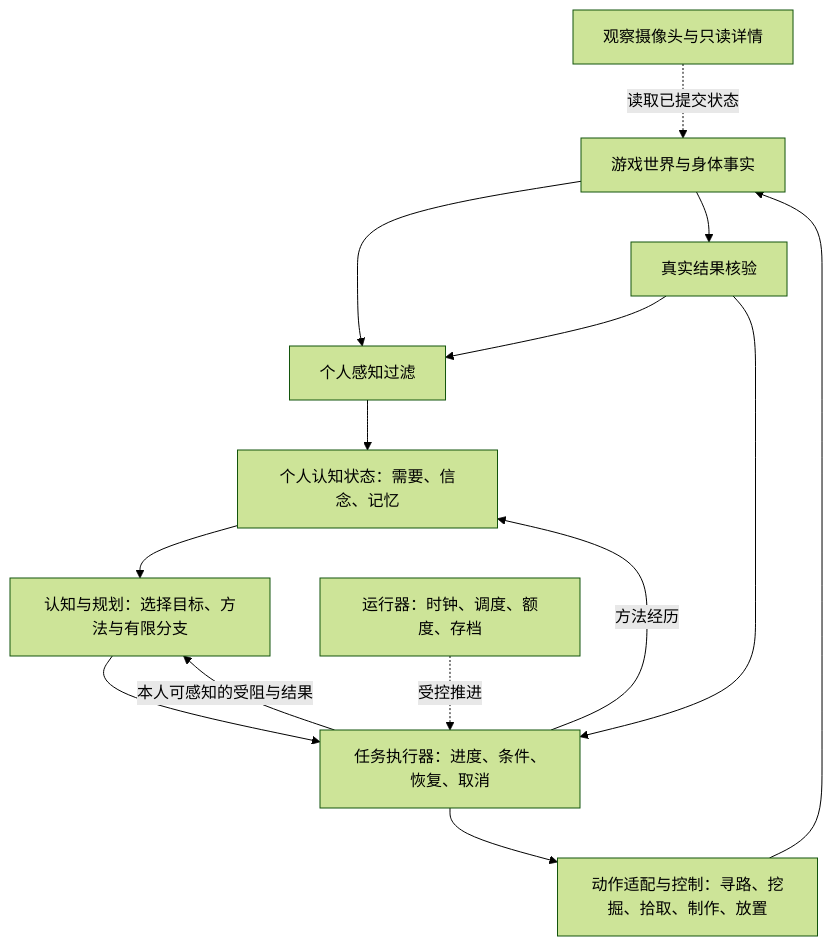
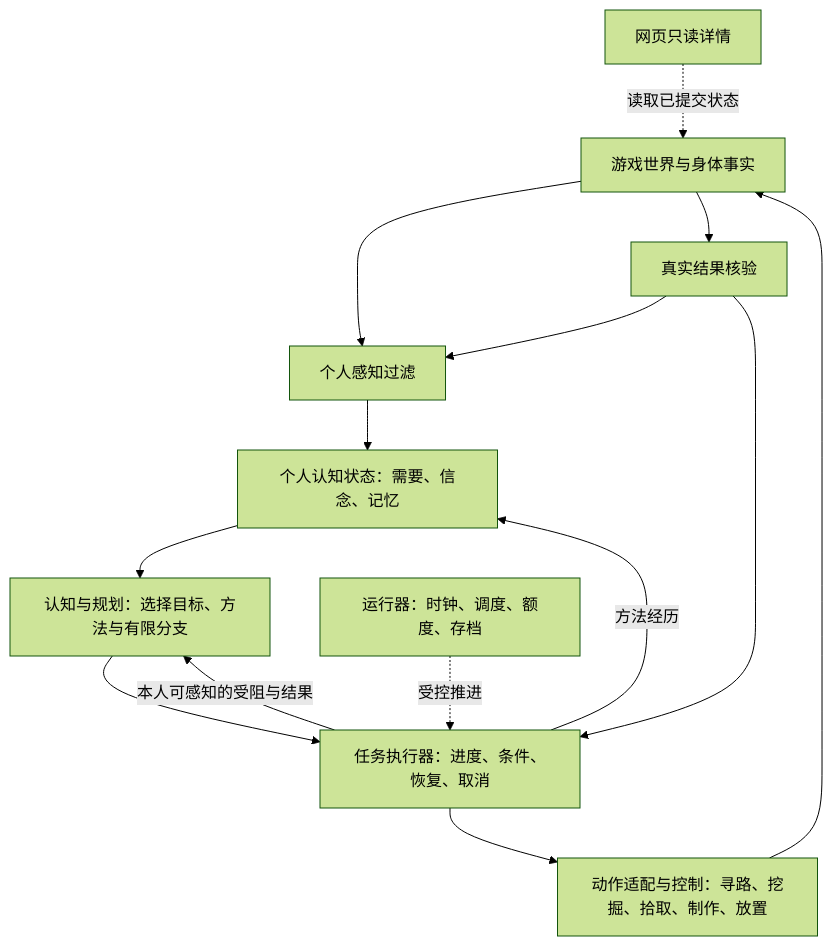
One commit to yimgzi001/westworld changed the diagram in docs/research/自主架构参考与取舍.md. Above: the diagram before and after it, drawn with Mermaid (forest theme). The commit also changed other lines of this file and 63 other files, not shown here.

````diff
--- a/docs/research/自主架构参考与取舍.md
+++ b/docs/research/自主架构参考与取舍.md
@@ -115,16 +115,16 @@
 ```mermaid
 flowchart TD
     W[游戏世界与身体事实] --> P[个人感知过滤]
     P --> B[个人认知状态：需要、信念、记忆]
     B --> C[认知与规划：选择目标、方法与有限分支]
     C --> E[任务执行器：进度、条件、恢复、取消]
     E --> A[动作适配与控制：寻路、挖掘、拾取、制作、放置]
     A --> W
     W --> V[真实结果核验]
     V --> P
     V --> E
     E -->|本人可感知的受阻与结果| C
     E -->|方法经历| B
     R[运行器：时钟、调度、额度、存档] -.受控推进.-> E
-    O[观察摄像头与只读详情] -.读取已提交状态.-> W
+    O[网页只读详情] -.读取已提交状态.-> W
 ```
````
